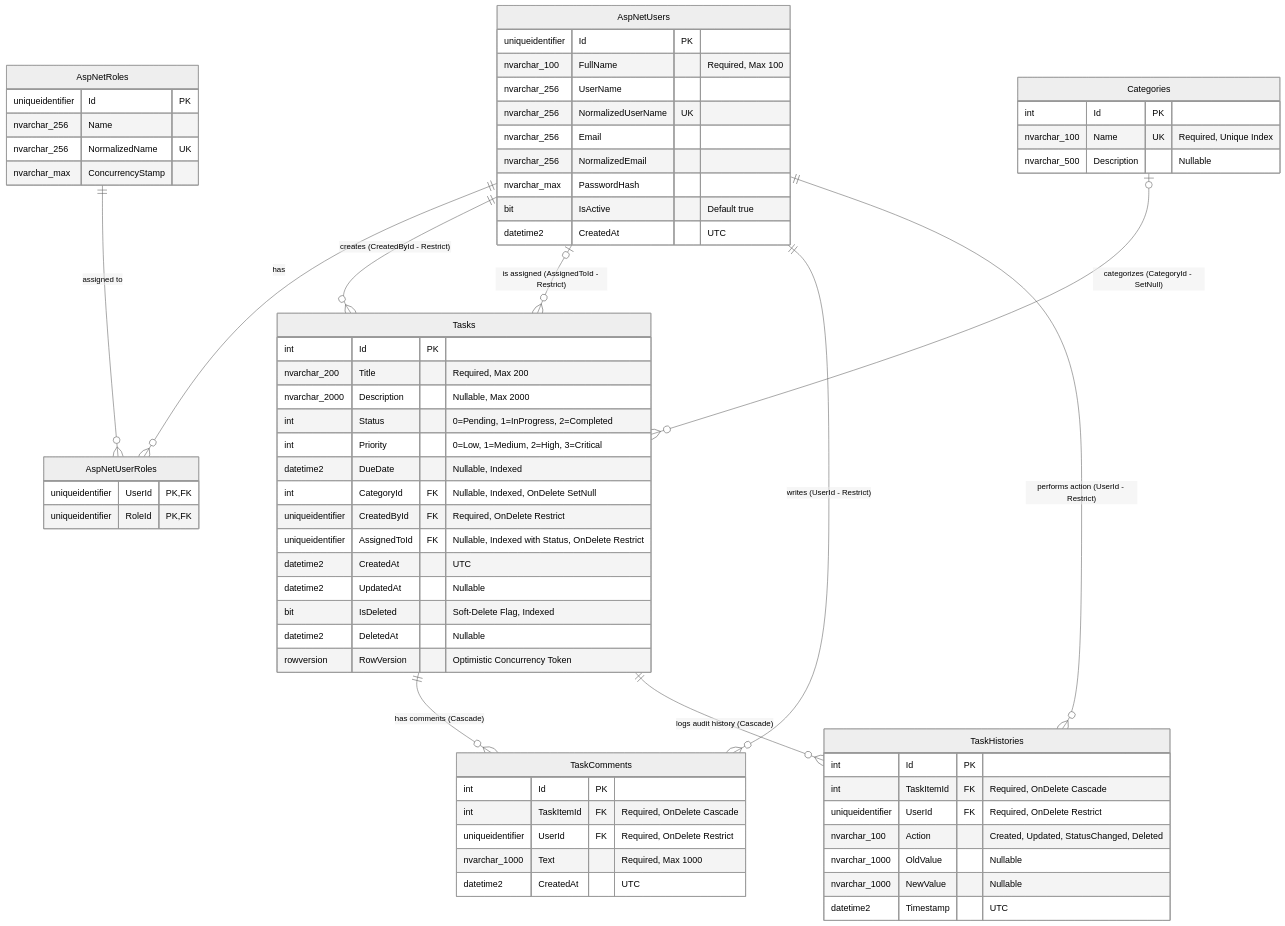
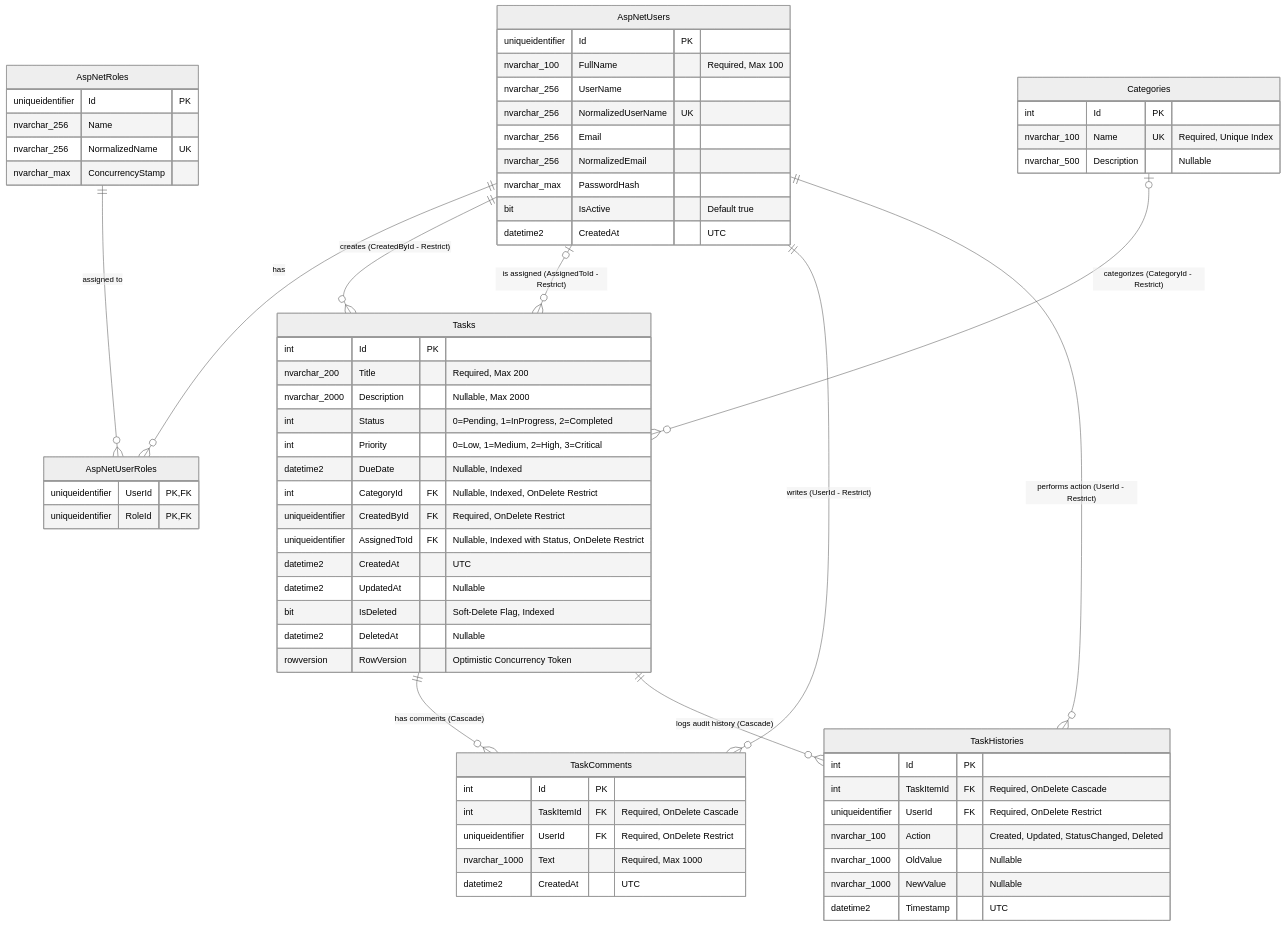
Before and after one commit to 10pshine-cohort-10/cohort-10-dotnet-20292-mudassar: the diagram in Backend/DATABASE_SCHEMA.md, drawn with Mermaid (neutral theme). The commit also changed other lines of this file and 14 other files, not shown here.

Commit message:
fix(review): resolve CodeRabbit findings on EF soft-delete, schema constraints, and frontend auth/task flows

````diff
--- a/Backend/DATABASE_SCHEMA.md
+++ b/Backend/DATABASE_SCHEMA.md
@@ -5,80 +5,80 @@
 ```mermaid
 erDiagram
     AspNetRoles {
         uniqueidentifier Id PK
         nvarchar_256 Name
         nvarchar_256 NormalizedName UK
         nvarchar_max ConcurrencyStamp
     }
 
     AspNetUserRoles {
         uniqueidentifier UserId PK, FK
         uniqueidentifier RoleId PK, FK
     }
 
     AspNetUsers {
         uniqueidentifier Id PK
         nvarchar_100 FullName "Required, Max 100"
         nvarchar_256 UserName
         nvarchar_256 NormalizedUserName UK
         nvarchar_256 Email
         nvarchar_256 NormalizedEmail
         nvarchar_max PasswordHash
         bit IsActive "Default true"
         datetime2 CreatedAt "UTC"
     }
 
     Categories {
         int Id PK
         nvarchar_100 Name UK "Required, Unique Index"
         nvarchar_500 Description "Nullable"
     }
 
     Tasks {
         int Id PK
         nvarchar_200 Title "Required, Max 200"
         nvarchar_2000 Description "Nullable, Max 2000"
         int Status "0=Pending, 1=InProgress, 2=Completed"
         int Priority "0=Low, 1=Medium, 2=High, 3=Critical"
         datetime2 DueDate "Nullable, Indexed"
-        int CategoryId FK "Nullable, Indexed, OnDelete SetNull"
+        int CategoryId FK "Nullable, Indexed, OnDelete Restrict"
         uniqueidentifier CreatedById FK "Required, OnDelete Restrict"
         uniqueidentifier AssignedToId FK "Nullable, Indexed with Status, OnDelete Restrict"
         datetime2 CreatedAt "UTC"
         datetime2 UpdatedAt "Nullable"
         bit IsDeleted "Soft-Delete Flag, Indexed"
         datetime2 DeletedAt "Nullable"
         rowversion RowVersion "Optimistic Concurrency Token"
     }
 
     TaskComments {
         int Id PK
         int TaskItemId FK "Required, OnDelete Cascade"
         uniqueidentifier UserId FK "Required, OnDelete Restrict"
         nvarchar_1000 Text "Required, Max 1000"
         datetime2 CreatedAt "UTC"
     }
 
     TaskHistories {
         int Id PK
         int TaskItemId FK "Required, OnDelete Cascade"
         uniqueidentifier UserId FK "Required, OnDelete Restrict"
         nvarchar_100 Action "Created, Updated, StatusChanged, Deleted"
         nvarchar_1000 OldValue "Nullable"
         nvarchar_1000 NewValue "Nullable"
         datetime2 Timestamp "UTC"
     }
 
     AspNetUsers ||--o{ AspNetUserRoles : "has"
     AspNetRoles ||--o{ AspNetUserRoles : "assigned to"
 
     AspNetUsers ||--o{ Tasks : "creates (CreatedById - Restrict)"
     AspNetUsers |o--o{ Tasks : "is assigned (AssignedToId - Restrict)"
-    Categories |o--o{ Tasks : "categorizes (CategoryId - SetNull)"
+    Categories |o--o{ Tasks : "categorizes (CategoryId - Restrict)"
 
     Tasks ||--o{ TaskComments : "has comments (Cascade)"
     AspNetUsers ||--o{ TaskComments : "writes (UserId - Restrict)"
 
     Tasks ||--o{ TaskHistories : "logs audit history (Cascade)"
     AspNetUsers ||--o{ TaskHistories : "performs action (UserId - Restrict)"
 ```
````
